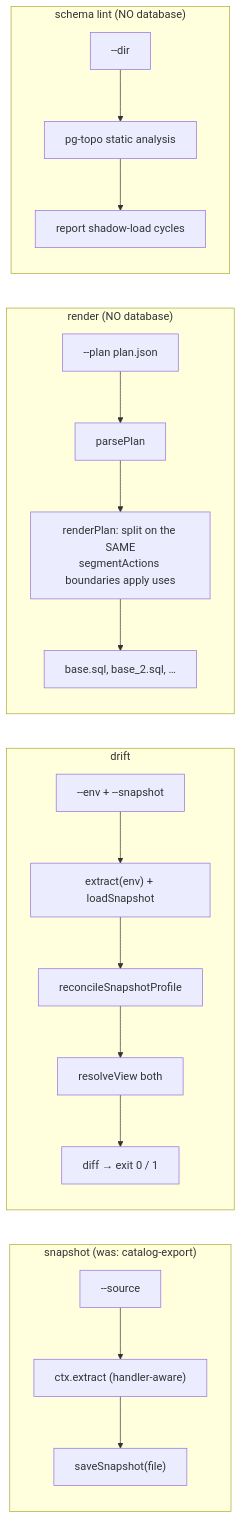
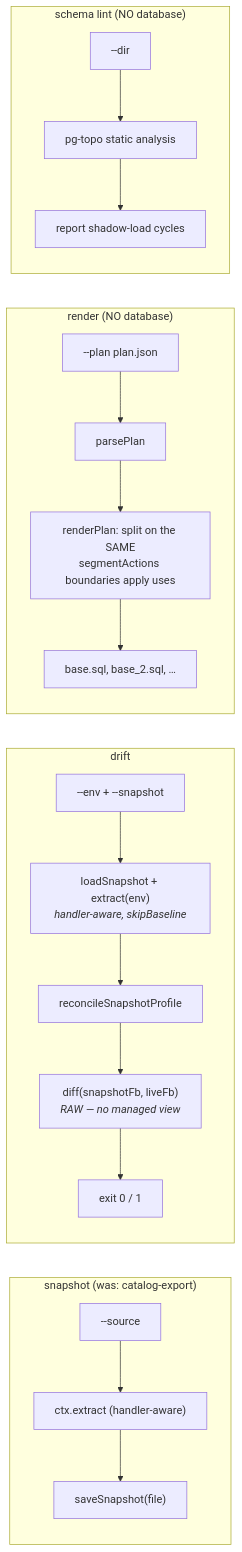
Diagram 18 of 19 in docs/architecture/flows.md (supabase/pg-delta), drawn with Mermaid before and after one commit. The commit also changed other lines of this file, not shown here.

````diff
--- a/docs/architecture/flows.md
+++ b/docs/architecture/flows.md
@@ -984,16 +1000,16 @@
 ```mermaid
 flowchart LR
     subgraph SNAP["snapshot (was: catalog-export)"]
         s1["--source"] --> s2["ctx.extract (handler-aware)"] --> s3["saveSnapshot(file)"]
     end
     subgraph DRIFT["drift"]
-        d1["--env + --snapshot"] --> d2["extract(env) + loadSnapshot"]
-        d2 --> d3["reconcileSnapshotProfile"] --> d4["resolveView both"] --> d5["diff → exit 0 / 1"]
+        d1["--env + --snapshot"] --> d2["loadSnapshot + extract(env)<br/><i>handler-aware, skipBaseline</i>"]
+        d2 --> d3["reconcileSnapshotProfile"] --> d4["diff(snapshotFb, liveFb)<br/><i>RAW — no managed view</i>"] --> d5["exit 0 / 1"]
     end
     subgraph RENDER["render (NO database)"]
         r1["--plan plan.json"] --> r2["parsePlan"] --> r3["renderPlan: split on the SAME<br/>segmentActions boundaries apply uses"] --> r4["base.sql, base_2.sql, …"]
     end
     subgraph LINT["schema lint (NO database)"]
         l1["--dir"] --> l2["pg-topo static analysis"] --> l3["report shadow-load cycles"]
     end
 ```
````
